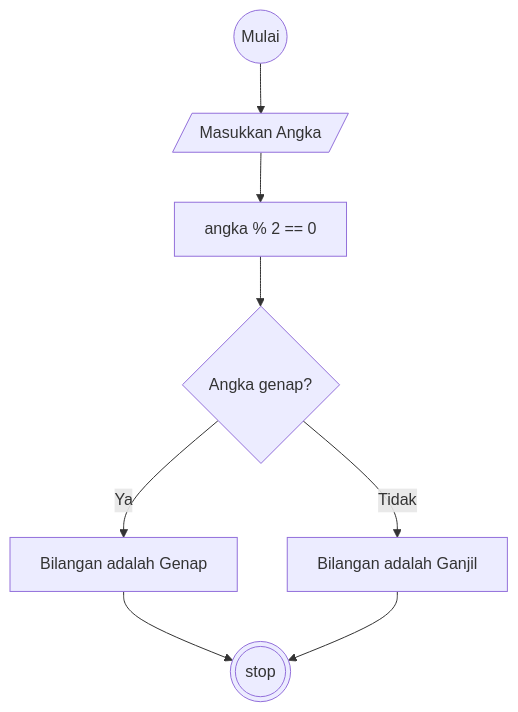
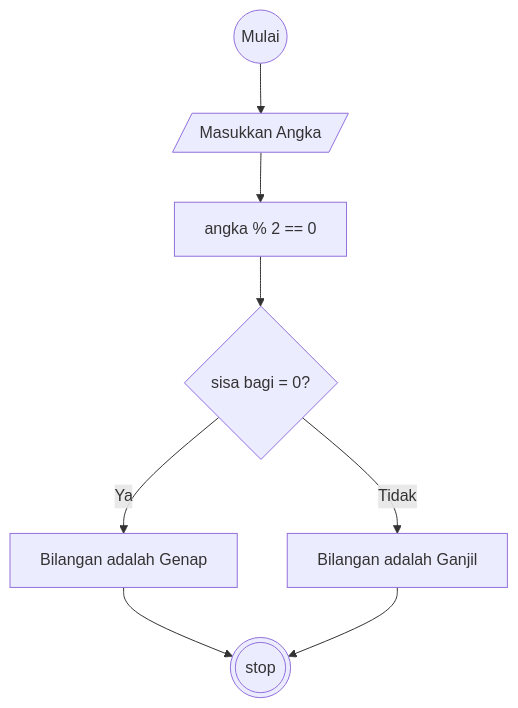
The diagram in algoritma-Ganjil-Genap.md (asasonda/koda-b1-deskriptif-algoritm), drawn with Mermaid before and after one commit.

````diff
--- a/algoritma-Ganjil-Genap.md
+++ b/algoritma-Ganjil-Genap.md
@@ -20,11 +20,11 @@
 ```mermaid
 flowchart TD
     start((Mulai)) --> Input[/Masukkan Angka/]
     Input --> proses[angka % 2 == 0]
-    proses--> check{Angka genap?}
+    proses--> check{sisa bagi = 0?}
     check -- Ya --> genap[Bilangan adalah Genap]
     check -- Tidak --> ganjil[Bilangan adalah Ganjil]
 
     genap --> selesai(((stop)))
     ganjil --> selesai
 ```
````
